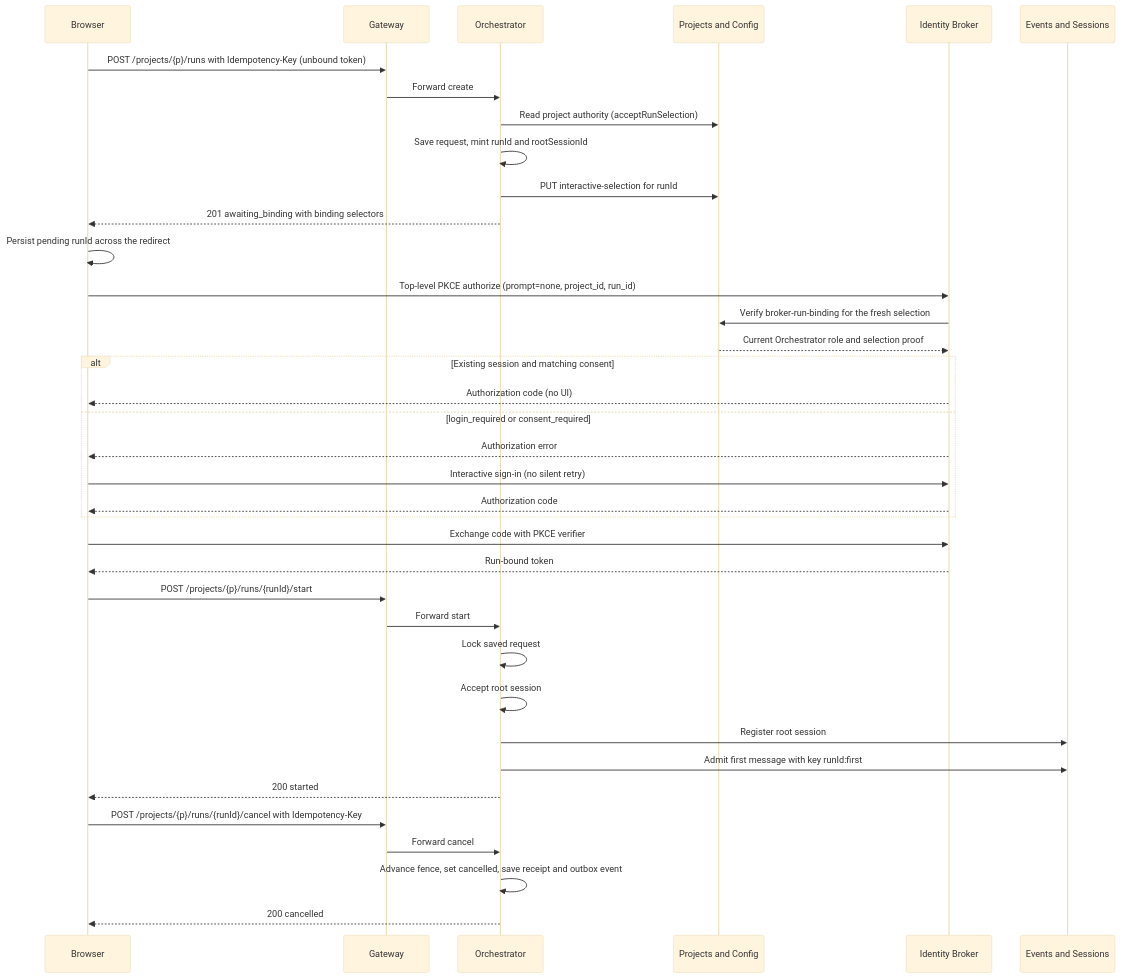
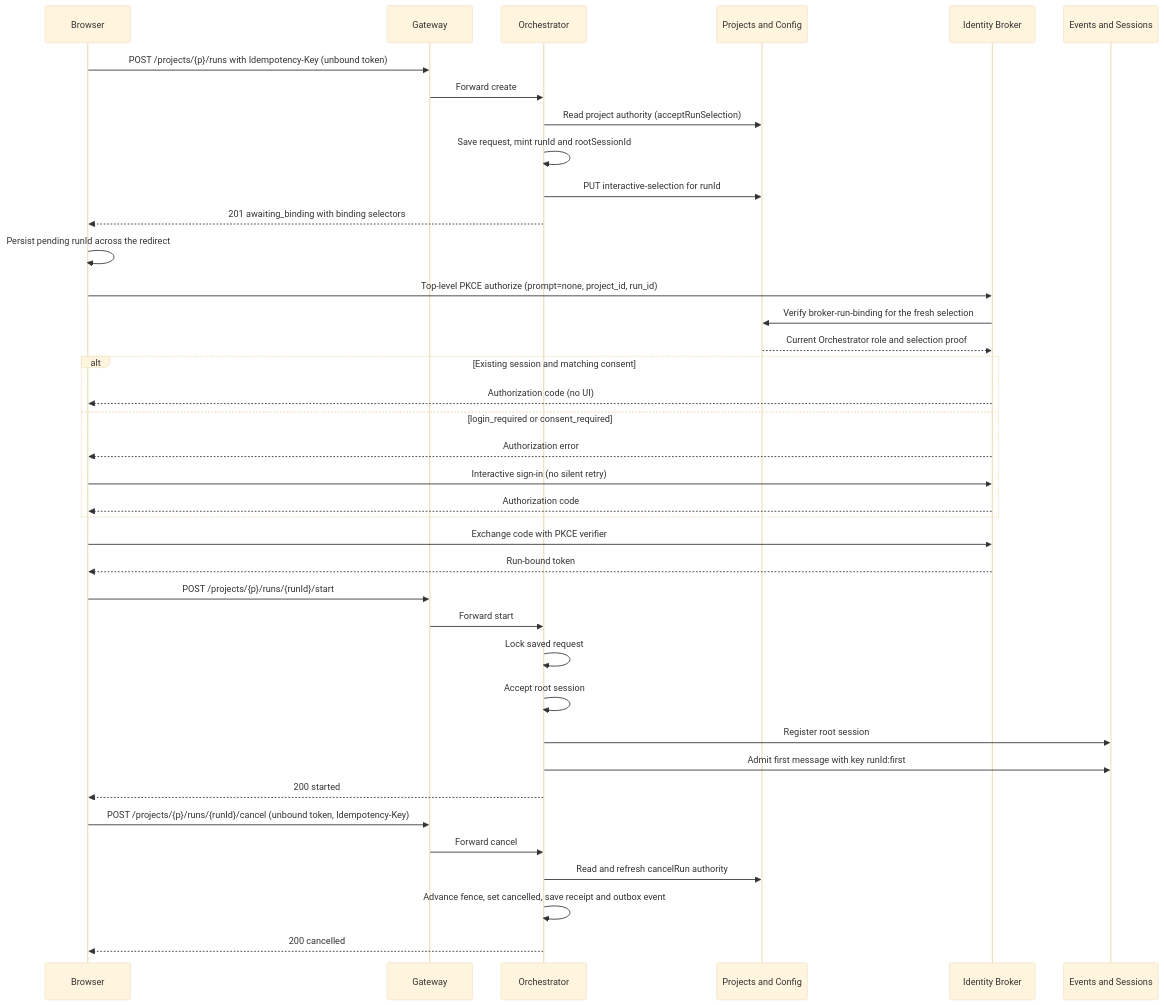
One commit to sabbour/agentweaver changed the sixth of 7 diagrams in docs/architecture/design/sessions-and-coordination.md. Above: the diagram before and after it, drawn with Mermaid (base theme). The commit also changed other lines of this file and 27 other files, not shown here.

````diff
--- a/docs/architecture/design/sessions-and-coordination.md
+++ b/docs/architecture/design/sessions-and-coordination.md
@@ -687,39 +692,40 @@
 ```mermaid
 sequenceDiagram
     participant B as Browser
     participant GW as Gateway
     participant O as Orchestrator
     participant PC as Projects and Config
     participant BR as Identity Broker
     participant E as Events and Sessions
     B->>GW: POST /projects/{p}/runs with Idempotency-Key (unbound token)
     GW->>O: Forward create
     O->>PC: Read project authority (acceptRunSelection)
     O->>O: Save request, mint runId and rootSessionId
     O->>PC: PUT interactive-selection for runId
     O-->>B: 201 awaiting_binding with binding selectors
     B->>B: Persist pending runId across the redirect
     B->>BR: Top-level PKCE authorize (prompt=none, project_id, run_id)
     BR->>PC: Verify broker-run-binding for the fresh selection
     PC-->>BR: Current Orchestrator role and selection proof
     alt Existing session and matching consent
         BR-->>B: Authorization code (no UI)
     else login_required or consent_required
         BR-->>B: Authorization error
         B->>BR: Interactive sign-in (no silent retry)
         BR-->>B: Authorization code
     end
     B->>BR: Exchange code with PKCE verifier
     BR-->>B: Run-bound token
     B->>GW: POST /projects/{p}/runs/{runId}/start
     GW->>O: Forward start
     O->>O: Lock saved request
     O->>O: Accept root session
     O->>E: Register root session
     O->>E: Admit first message with key runId:first
     O-->>B: 200 started
-    B->>GW: POST /projects/{p}/runs/{runId}/cancel with Idempotency-Key
+    B->>GW: POST /projects/{p}/runs/{runId}/cancel (unbound token, Idempotency-Key)
     GW->>O: Forward cancel
+    O->>PC: Read and refresh cancelRun authority
     O->>O: Advance fence, set cancelled, save receipt and outbox event
     O-->>B: 200 cancelled
 ```
````
